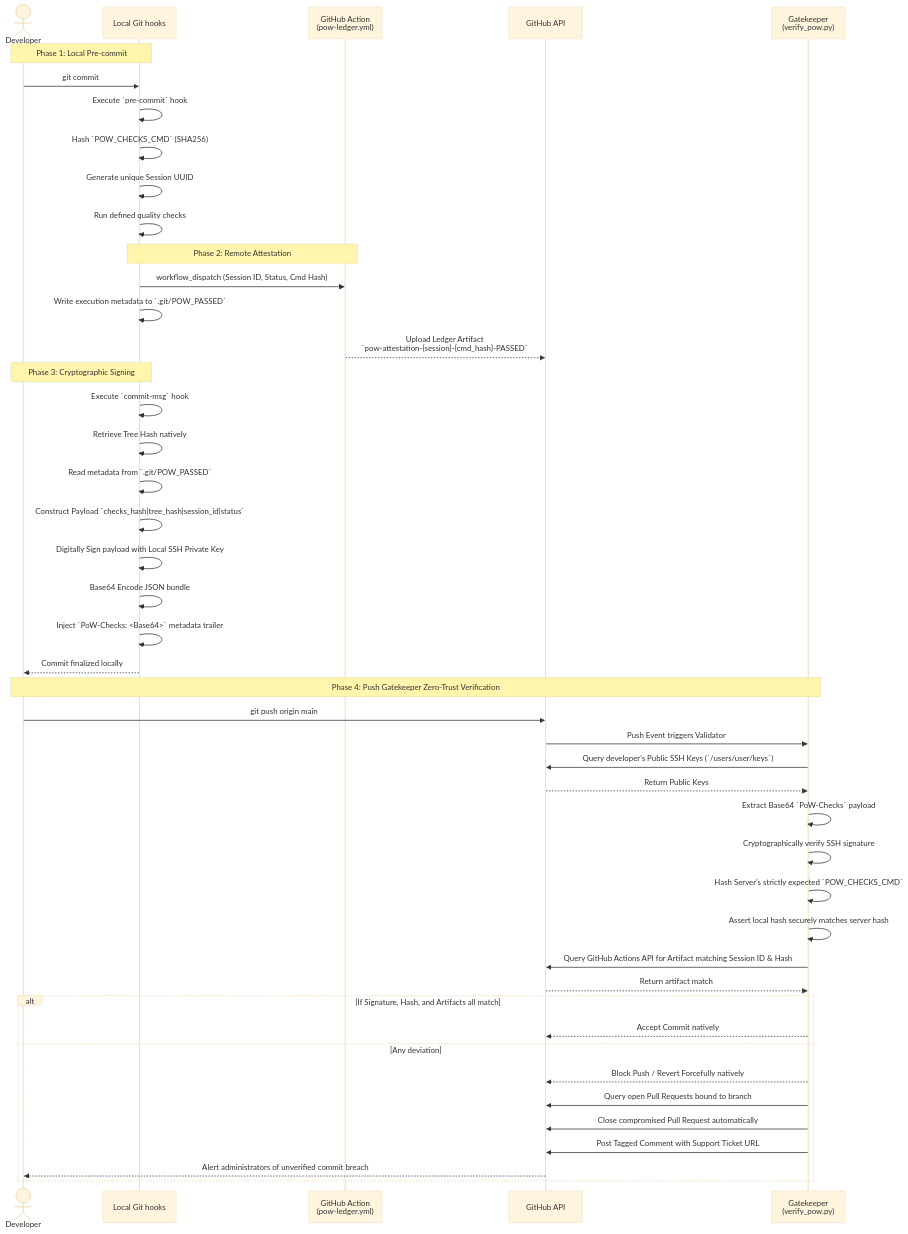
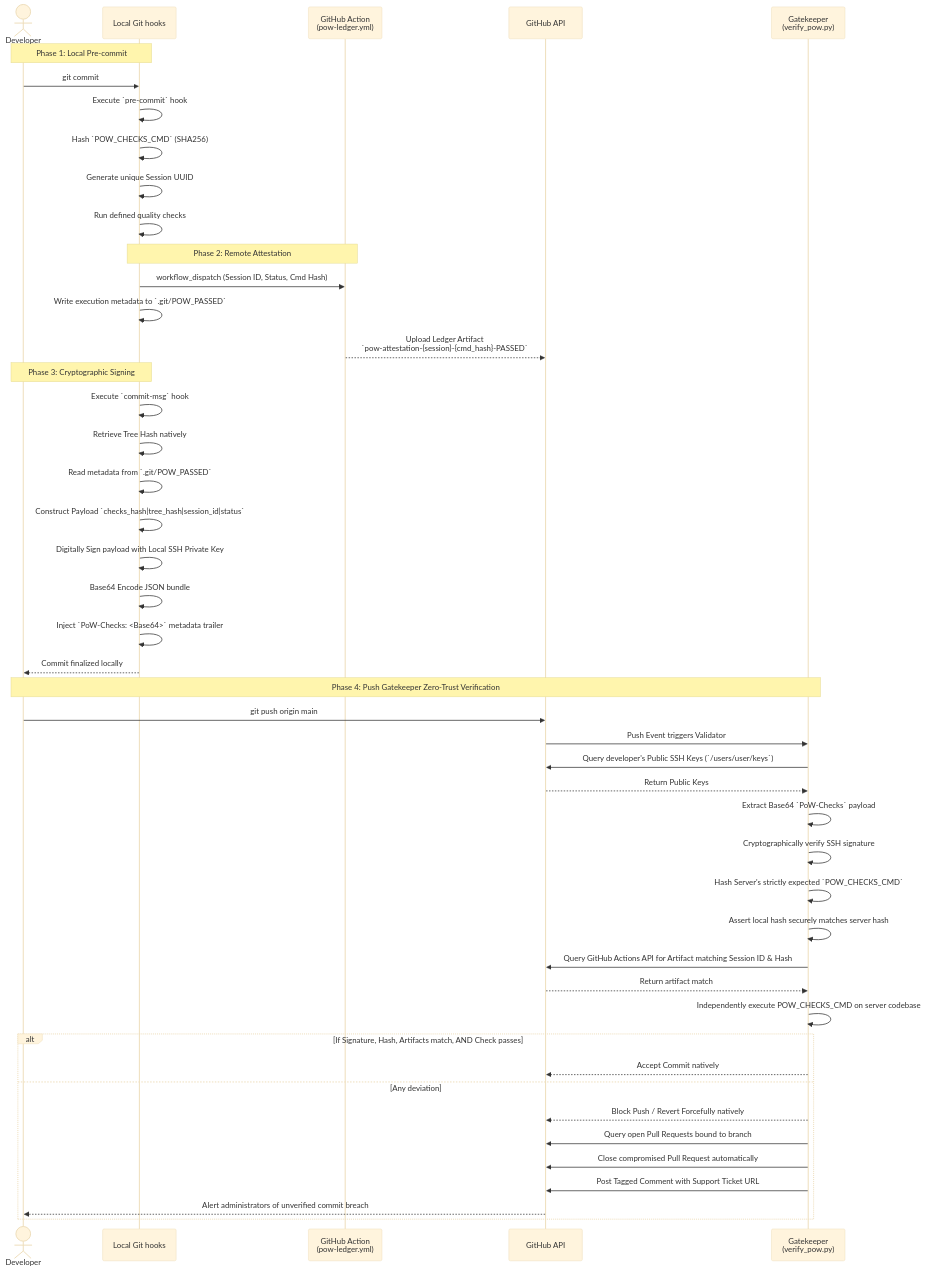
Before and after one commit to ddimitriou/PoW-Hook: the second of 2 diagrams in ARCHITECTURE.md, drawn with Mermaid (base theme). The commit also changed other lines of this file and 4 other files, not shown here.

Commit message:
Final step validation by re-running the check server-side.

````diff
--- a/ARCHITECTURE.md
+++ b/ARCHITECTURE.md
@@ -50,57 +51,59 @@
 ```mermaid
 sequenceDiagram
     actor Dev as Developer
     participant Git as Local Git hooks
     participant Ledger as GitHub Action<br/>(pow-ledger.yml)
     participant GH as GitHub API
     participant Validator as Gatekeeper<br/>(verify_pow.py)
 
     Note over Dev, Git: Phase 1: Local Pre-commit
     Dev->>Git: git commit
     Git->>Git: Execute `pre-commit` hook
     Git->>Git: Hash `POW_CHECKS_CMD` (SHA256)
     Git->>Git: Generate unique Session UUID
     Git->>Git: Run defined quality checks
     
     %% Attestation Dispatch
     Note over Git, Ledger: Phase 2: Remote Attestation
     Git->>Ledger: workflow_dispatch (Session ID, Status, Cmd Hash)
     Git->>Git: Write execution metadata to `.git/POW_PASSED`
     Ledger-->>GH: Upload Ledger Artifact<br/>`pow-attestation-{session}-{cmd_hash}-PASSED`
     
     Note over Dev, Git: Phase 3: Cryptographic Signing
     Git->>Git: Execute `commit-msg` hook
     Git->>Git: Retrieve Tree Hash natively
     Git->>Git: Read metadata from `.git/POW_PASSED`
     Git->>Git: Construct Payload `checks_hash|tree_hash|session_id|status`
     Git->>Git: Digitally Sign payload with Local SSH Private Key
     Git->>Git: Base64 Encode JSON bundle
     Git->>Git: Inject `PoW-Checks: <Base64>` metadata trailer
     Git-->>Dev: Commit finalized locally
 
     Note over Dev, Validator: Phase 4: Push Gatekeeper Zero-Trust Verification
     Dev->>GH: git push origin main
     GH->>Validator: Push Event triggers Validator
     
     Validator->>GH: Query developer's Public SSH Keys (`/users/user/keys`)
     GH-->>Validator: Return Public Keys
     
     Validator->>Validator: Extract Base64 `PoW-Checks` payload
     Validator->>Validator: Cryptographically verify SSH signature
     
     Validator->>Validator: Hash Server's strictly expected `POW_CHECKS_CMD`
     Validator->>Validator: Assert local hash securely matches server hash
     
     Validator->>GH: Query GitHub Actions API for Artifact matching Session ID & Hash
     GH-->>Validator: Return artifact match
     
-    alt If Signature, Hash, and Artifacts all match
+    Validator->>Validator: Independently execute POW_CHECKS_CMD on server codebase
+    
+    alt If Signature, Hash, Artifacts match, AND Check passes
         Validator-->>GH: Accept Commit natively
     else Any deviation
         Validator-->>GH: Block Push / Revert Forcefully natively
         Validator->>GH: Query open Pull Requests bound to branch
         Validator->>GH: Close compromised Pull Request automatically
         Validator->>GH: Post Tagged Comment with Support Ticket URL
         GH-->>Dev: Alert administrators of unverified commit breach
     end
 ```
````
